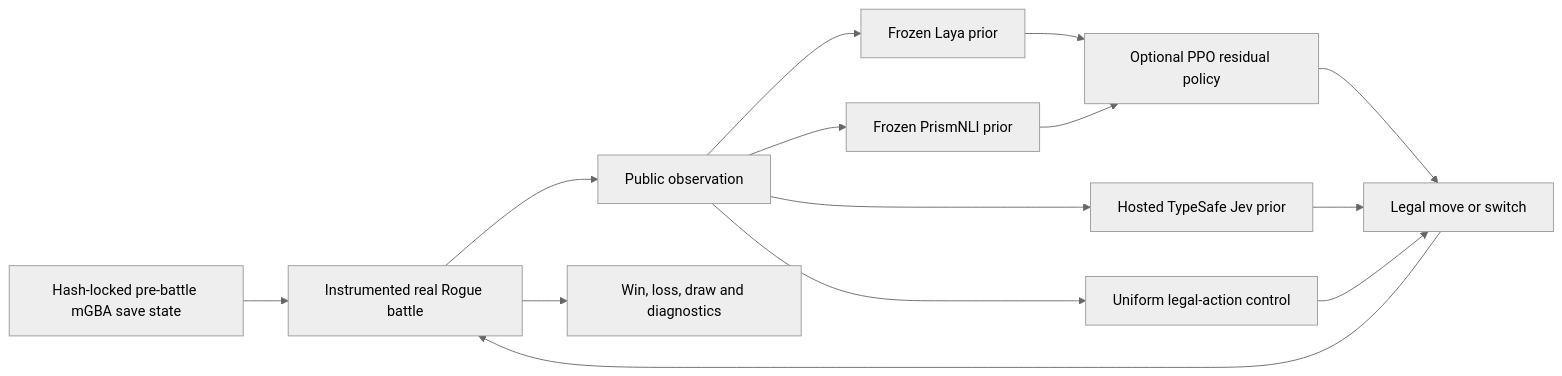
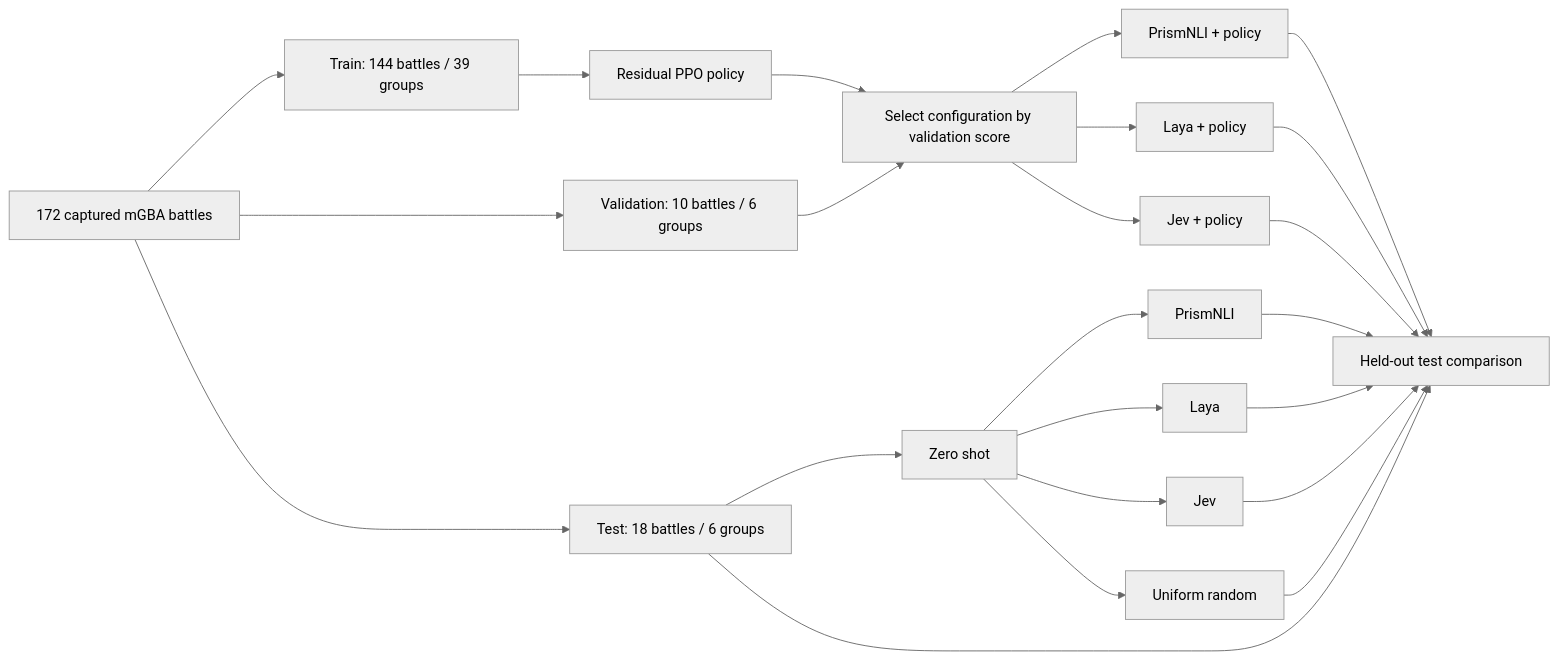
Before and after one commit to elcronos/RL_zeroshot: the diagram in README.md, drawn with Mermaid (neutral theme). The commit also changed other lines of this file and 18 other files, not shown here.

````diff
--- a/README.md
+++ b/README.md
@@ -13,16 +40,25 @@
 ```mermaid
 flowchart LR
-    S[Hash-locked pre-battle mGBA save state] --> G[Instrumented real Rogue battle]
-    G --> O[Public observation]
-    O --> L[Frozen Laya prior]
-    O --> N[Frozen PrismNLI prior]
-    O --> J[Hosted TypeSafe Jev prior]
-    O --> U[Uniform legal-action control]
-    L --> P[Optional PPO residual policy]
-    N --> P
-    P --> A[Legal move or switch]
-    J --> A
-    U --> A
-    A --> G
-    G --> R[Win, loss, draw and diagnostics]
+    C[172 captured mGBA battles] --> TR[Train: 144 battles / 39 groups]
+    C --> VA[Validation: 10 battles / 6 groups]
+    C --> TE[Test: 18 battles / 6 groups]
+    TE --> Z[Zero shot]
+    Z --> ZP[PrismNLI]
+    Z --> ZL[Laya]
+    Z --> ZJ[Jev]
+    Z --> ZU[Uniform random]
+    TR --> PPO[Residual PPO policy]
+    VA --> SELECT[Select configuration by validation score]
+    PPO --> SELECT
+    SELECT --> TP[PrismNLI + policy]
+    SELECT --> TL[Laya + policy]
+    SELECT --> TJ[Jev + policy]
+    ZP --> COMPARE[Held-out test comparison]
+    ZL --> COMPARE
+    ZJ --> COMPARE
+    ZU --> COMPARE
+    TP --> COMPARE
+    TL --> COMPARE
+    TJ --> COMPARE
+    TE --> COMPARE
 ```
````
